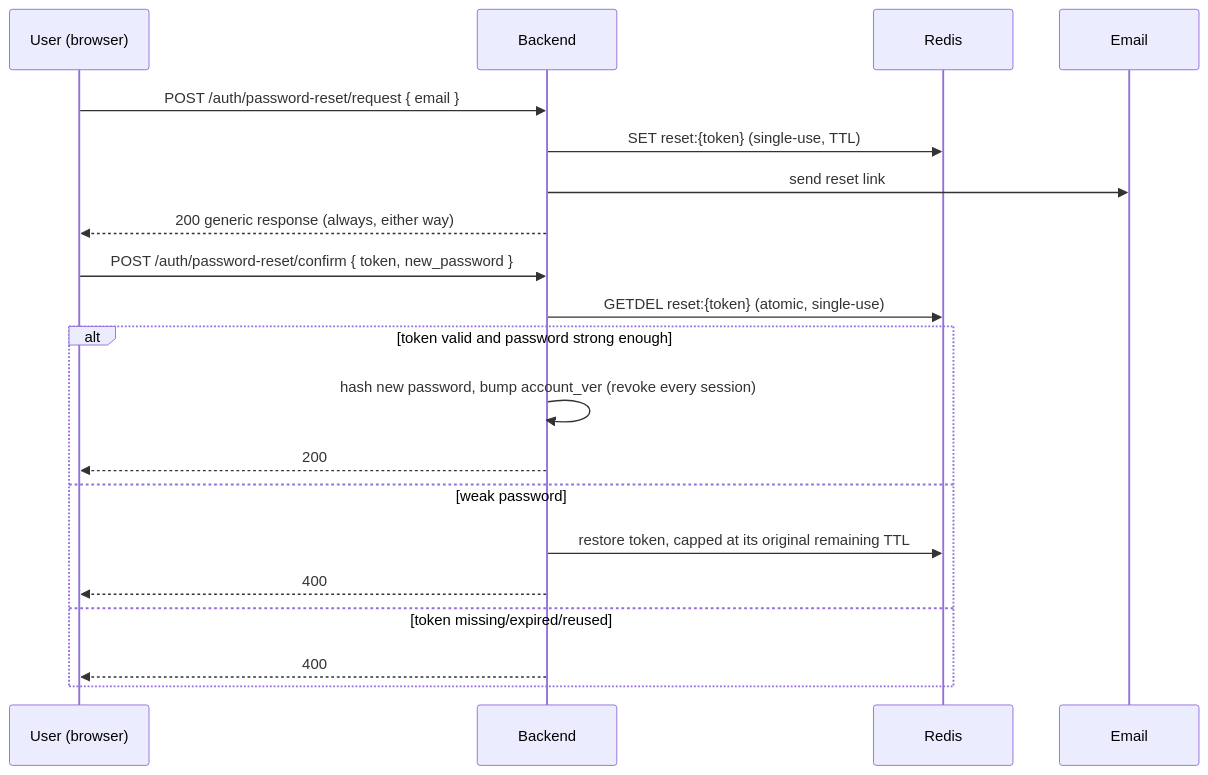
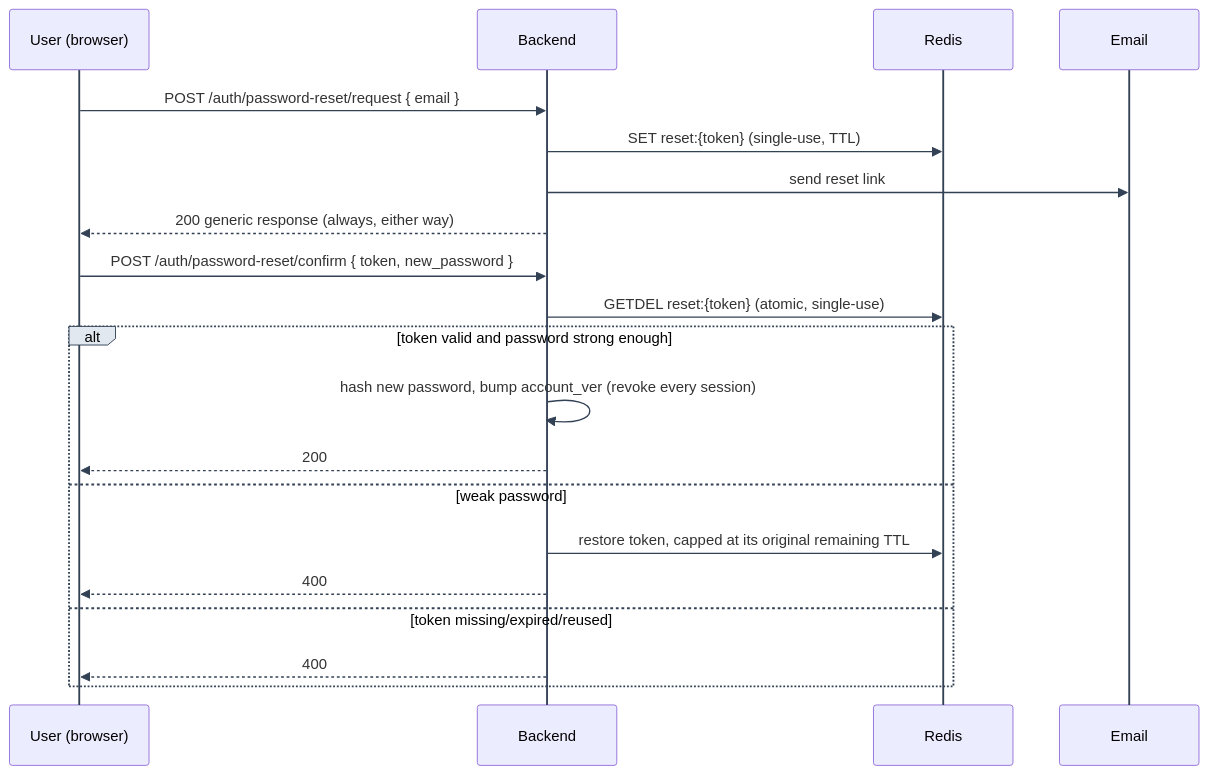
Before and after one commit to Nachiket-2024/mystic-auth: the first of 2 diagrams in docs/mystic_auth/authentication/password-reset.md, drawn with Mermaid. The commit also changed other lines of this file and 630 other files, not shown here.

````diff
--- a/docs/mystic_auth/authentication/password-reset.md
+++ b/docs/mystic_auth/authentication/password-reset.md
@@ -21,24 +24,25 @@
 ```mermaid
+%%{init: {"themeVariables": {"lineColor": "#334155", "signalColor": "#334155", "actorLineColor": "#334155", "activationBorderColor": "#334155", "labelBoxBorderColor": "#334155", "labelBoxBkgColor": "#e2e8f0", "noteBorderColor": "#334155"}, "themeCSS": ".messageLine0, .messageLine1 { stroke-width: 2px !important; }"} }%%
 sequenceDiagram
     participant U as User (browser)
     participant API as Backend
     participant R as Redis
     participant E as Email
 
     U->>API: POST /auth/password-reset/request { email }
     API->>R: SET reset:{token} (single-use, TTL)
     API->>E: send reset link
     API-->>U: 200 generic response (always, either way)
 
     U->>API: POST /auth/password-reset/confirm { token, new_password }
     API->>R: GETDEL reset:{token} (atomic, single-use)
     alt token valid and password strong enough
         API->>API: hash new password, bump account_ver (revoke every session)
         API-->>U: 200
     else weak password
         API->>R: restore token, capped at its original remaining TTL
         API-->>U: 400
     else token missing/expired/reused
         API-->>U: 400
     end
 ```
````
